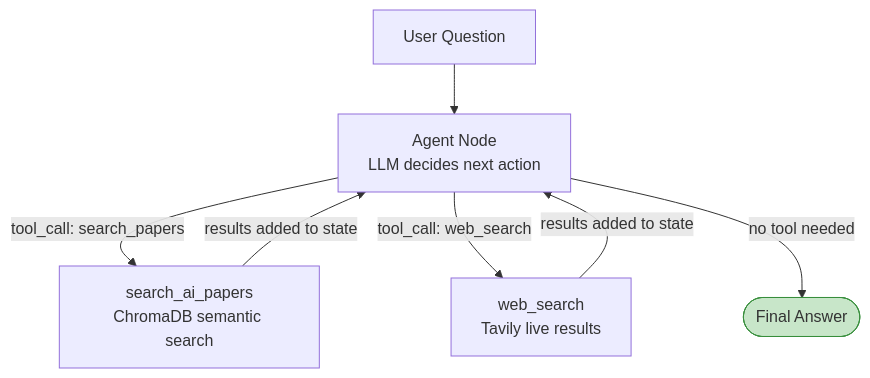
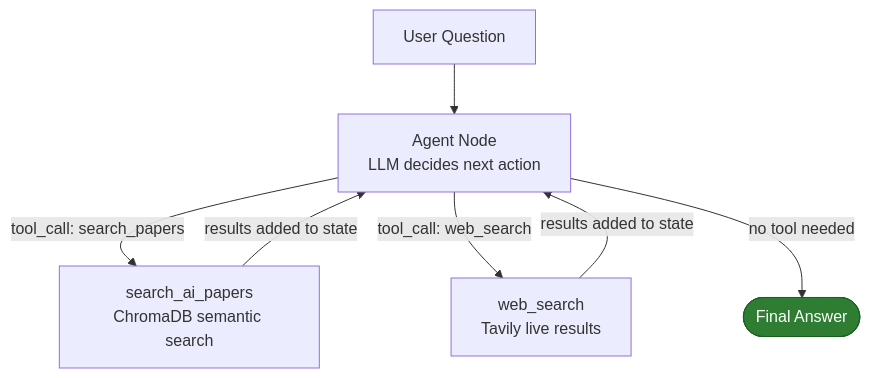
The fifth of 9 diagrams in README.md (MOURYAN-MB/RAG-systems), drawn with Mermaid before and after one commit. The commit also changed other lines of this file, not shown here.

````diff
--- a/README.md
+++ b/README.md
@@ -117,11 +117,11 @@
 ```mermaid
 flowchart TD
     Q[User Question] --> AGENT[Agent Node\nLLM decides next action]
     AGENT -->|tool_call: search_papers| PAPERS[search_ai_papers\nChromaDB semantic search]
     AGENT -->|tool_call: web_search| WEB[web_search\nTavily live results]
     AGENT -->|no tool needed| END([Final Answer])
     PAPERS -->|results added to state| AGENT
     WEB -->|results added to state| AGENT
 
-    style END fill:#c8e6c9,stroke:#388E3C
+    style END fill:#2E7D32,stroke:#1B5E20,color:#FFFFFF
 ```
````
